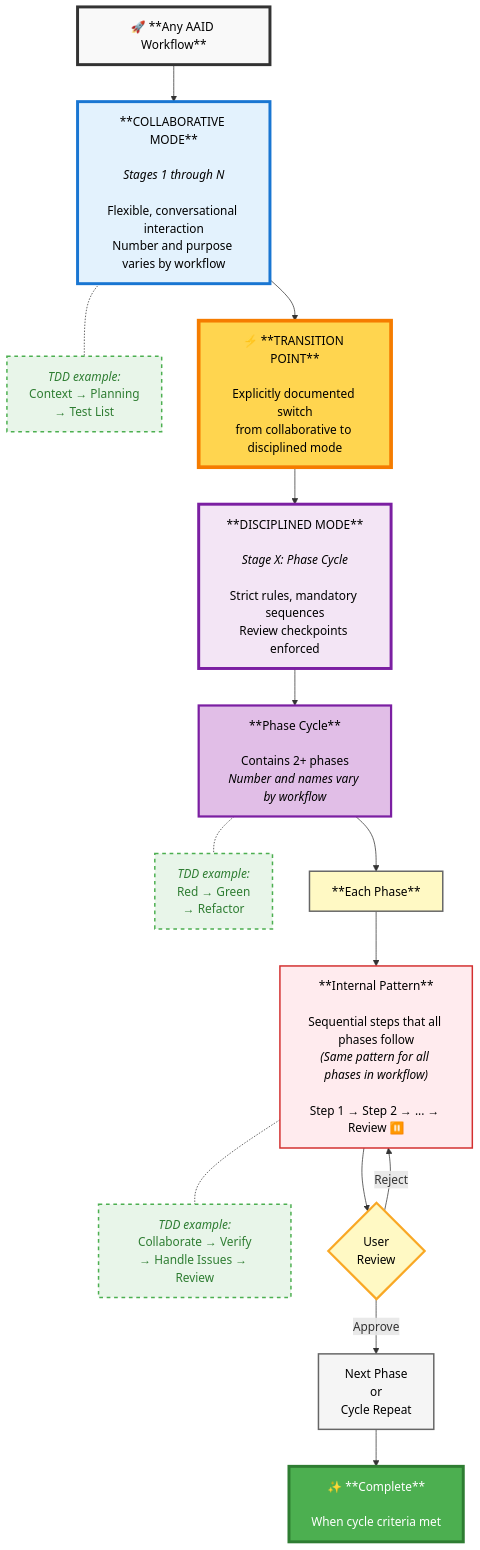
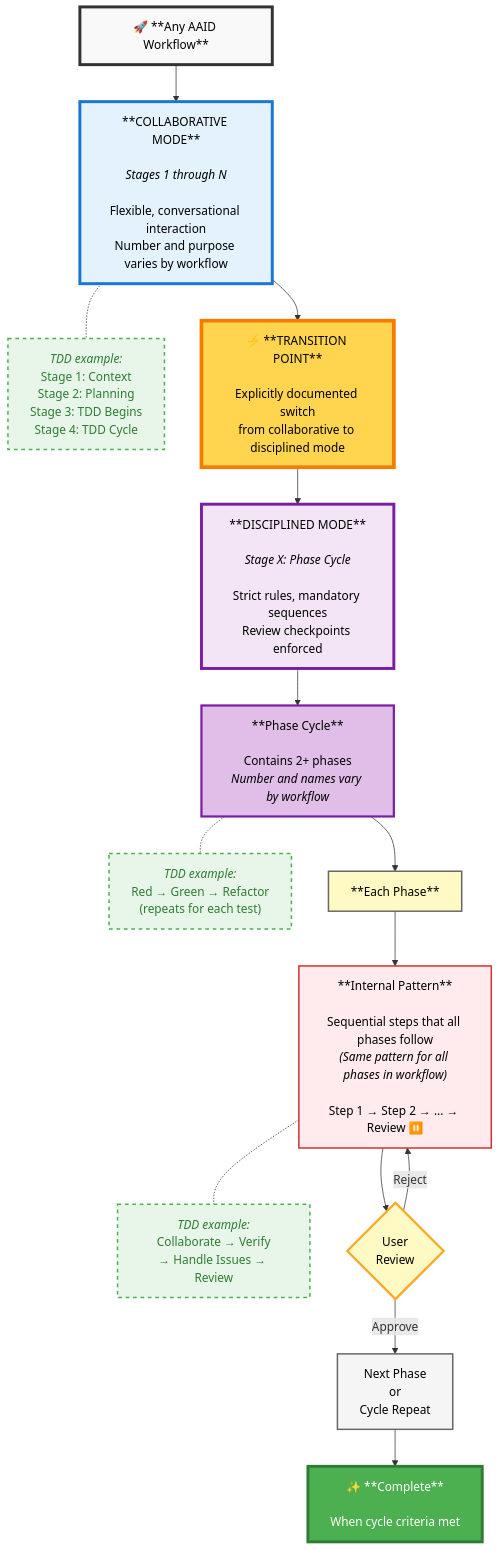
The diagram in docs/aaid-collaboration.md (dawid-dahl-umain/aaid-collaboration), drawn with Mermaid before and after one commit. The commit also changed other lines of this file, not shown here.

Commit message:
docs(aaid-collaboration): Refine TDD examples in collaborative and disciplined modes to clearly outline workflow stages and transitions

````diff
--- a/docs/aaid-collaboration.md
+++ b/docs/aaid-collaboration.md
@@ -67,49 +67,49 @@
 ```mermaid
 graph TD
     Start["🚀 **Any AAID Workflow**"]
 
     Start --> CollabZone["**COLLABORATIVE MODE**<br/><br/><i>Stages 1 through N</i><br/><br/>Flexible, conversational interaction<br/>Number and purpose varies by workflow"]
 
-    Ex1["<i>TDD example:</i><br/>Context → Planning<br/>→ Test List"]
+    Ex1["<i>TDD example:</i><br/>Stage 1: Context<br/>Stage 2: Planning<br/>Stage 3: TDD Begins<br/>Stage 4: TDD Cycle"]
     CollabZone -.- Ex1
 
     CollabZone --> Transition["⚡ **TRANSITION POINT**<br/><br/>Explicitly documented switch<br/>from collaborative to disciplined mode"]
 
     Transition --> DisciplinedZone["**DISCIPLINED MODE**<br/><br/><i>Stage X: Phase Cycle</i><br/><br/>Strict rules, mandatory sequences<br/>Review checkpoints enforced"]
 
     DisciplinedZone --> PhaseCycle["**Phase Cycle**<br/><br/>Contains 2+ phases<br/><i>Number and names vary by workflow</i>"]
 
-    Ex2["<i>TDD example:</i><br/>Red → Green<br/>→ Refactor"]
+    Ex2["<i>TDD example:</i><br/>Red → Green → Refactor<br/>(repeats for each test)"]
     PhaseCycle -.- Ex2
 
     PhaseCycle --> PhaseBox["**Each Phase**"]
 
     PhaseBox --> Pattern["**Internal Pattern**<br/><br/>Sequential steps that all phases follow<br/><i>(Same pattern for all phases in workflow)</i><br/><br/>Step 1 → Step 2 → ... → Review ⏸️"]
 
     Ex3["<i>TDD example:</i><br/>Collaborate → Verify<br/>→ Handle Issues → Review"]
     Pattern -.- Ex3
 
     Pattern --> Review{"User<br/>Review"}
     Review -->|Reject| Pattern
     Review -->|Approve| NextPhase["Next Phase<br/>or<br/>Cycle Repeat"]
 
     NextPhase --> Complete["✨ **Complete**<br/><br/>When cycle criteria met"]
 
     %% STYLES
     style Start fill:#f9f9f9,stroke:#333,stroke-width:4px,color:#000
 
     style CollabZone fill:#e3f2fd,stroke:#1976d2,stroke-width:4px,color:#000
     style Transition fill:#ffd54f,stroke:#f57c00,stroke-width:5px,color:#000
     style DisciplinedZone fill:#f3e5f5,stroke:#7b1fa2,stroke-width:4px,color:#000
 
     style PhaseCycle fill:#e1bee7,stroke:#7b1fa2,stroke-width:3px,color:#000
     style PhaseBox fill:#fff9c4,stroke:#666,stroke-width:2px,color:#000
     style Pattern fill:#ffebee,stroke:#d32f2f,stroke-width:2px,color:#000
     style Review fill:#fff9c4,stroke:#f9a825,stroke-width:3px,color:#000
     style NextPhase fill:#f5f5f5,stroke:#666,stroke-width:2px,color:#000
     style Complete fill:#4caf50,stroke:#2e7d32,stroke-width:4px,color:#fff
 
     style Ex1 fill:#e8f5e9,stroke:#4caf50,stroke-width:2px,stroke-dasharray: 5 5,color:#2e7d32
     style Ex2 fill:#e8f5e9,stroke:#4caf50,stroke-width:2px,stroke-dasharray: 5 5,color:#2e7d32
     style Ex3 fill:#e8f5e9,stroke:#4caf50,stroke-width:2px,stroke-dasharray: 5 5,color:#2e7d32
 ```
````
